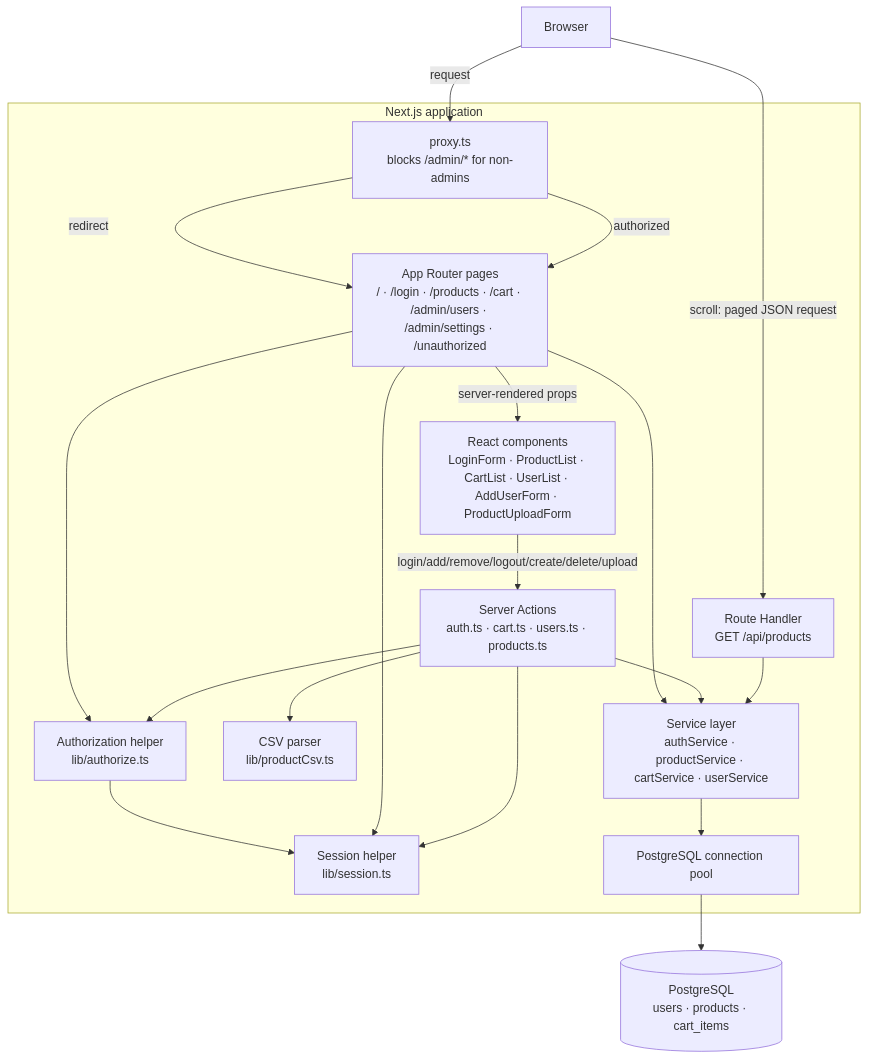
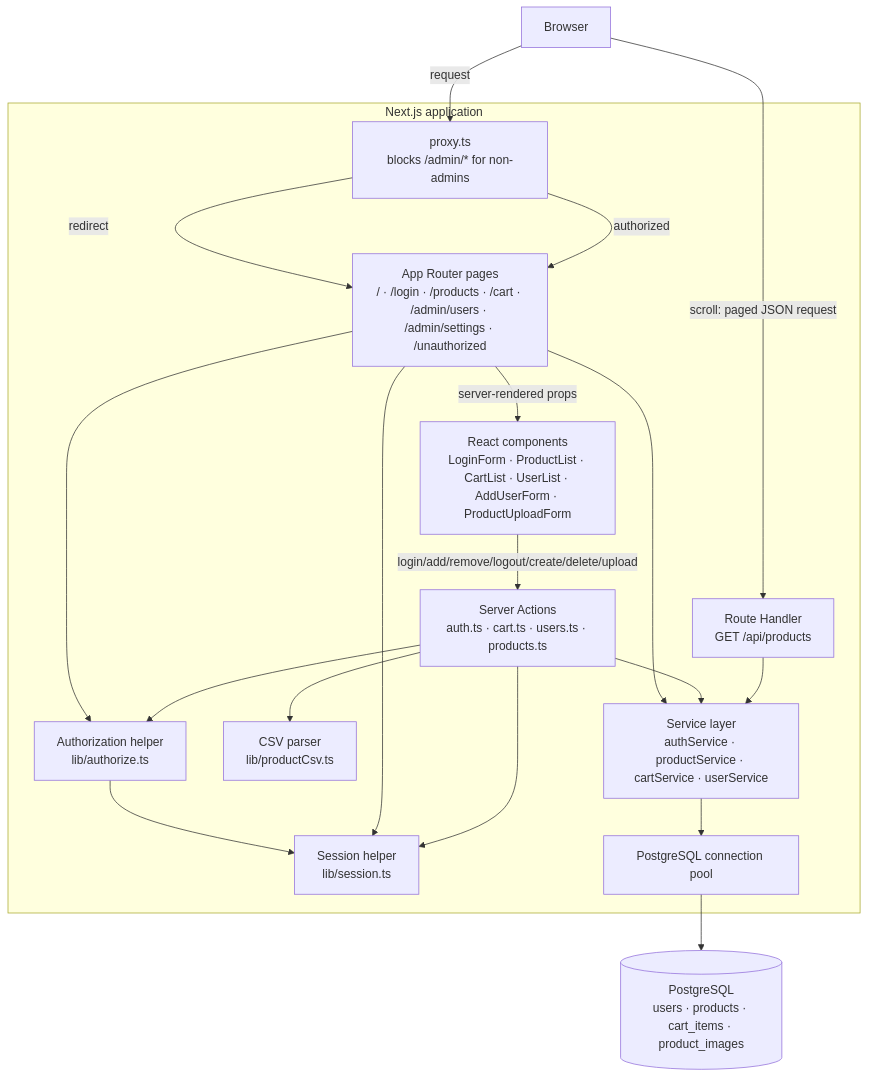
The first of 4 diagrams in docs/architecture.md (sourabhcy/tomato), drawn with Mermaid before and after one commit. The commit also changed 3 other files, not shown here.

````diff
--- a/docs/architecture.md
+++ b/docs/architecture.md
@@ -5,36 +5,36 @@
 ```mermaid
 flowchart TB
   Browser[Browser]
 
   subgraph Next[Next.js application]
     Proxy[proxy.ts\nblocks /admin/* for non-admins]
     Pages[App Router pages\n/ · /login · /products · /cart · /admin/users · /admin/settings · /unauthorized]
     Components[React components\nLoginForm · ProductList · CartList · UserList · AddUserForm · ProductUploadForm]
     Actions[Server Actions\nauth.ts · cart.ts · users.ts · products.ts]
     ProductsAPI[Route Handler\nGET /api/products]
     Session[Session helper\nlib/session.ts]
     Authorize[Authorization helper\nlib/authorize.ts]
     Csv[CSV parser\nlib/productCsv.ts]
     Services[Service layer\nauthService · productService · cartService · userService]
     Pool[PostgreSQL connection pool]
   end
 
-  Database[(PostgreSQL\nusers · products · cart_items)]
+  Database[(PostgreSQL\nusers · products · cart_items · product_images)]
 
   Browser -->|request| Proxy
   Proxy -->|authorized| Pages
   Proxy -->|redirect| Pages
   Pages -->|server-rendered props| Components
   Browser -->|scroll: paged JSON request| ProductsAPI
   ProductsAPI --> Services
   Components -->|login/add/remove/logout/create/delete/upload| Actions
   Actions --> Session
   Actions --> Authorize
   Actions --> Csv
   Actions --> Services
   Pages --> Session
   Pages --> Authorize
   Pages --> Services
   Authorize --> Session
   Services --> Pool --> Database
 ```
````
